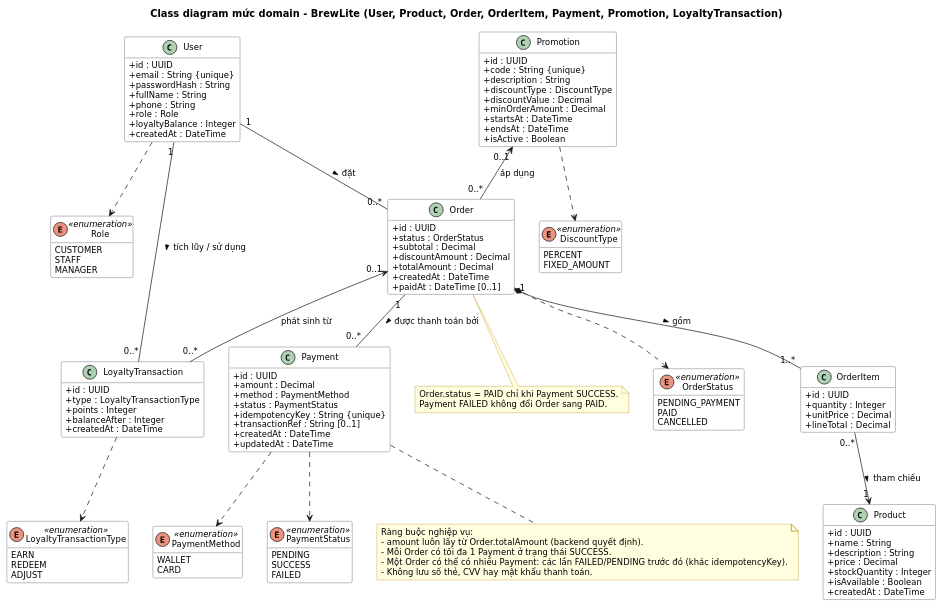
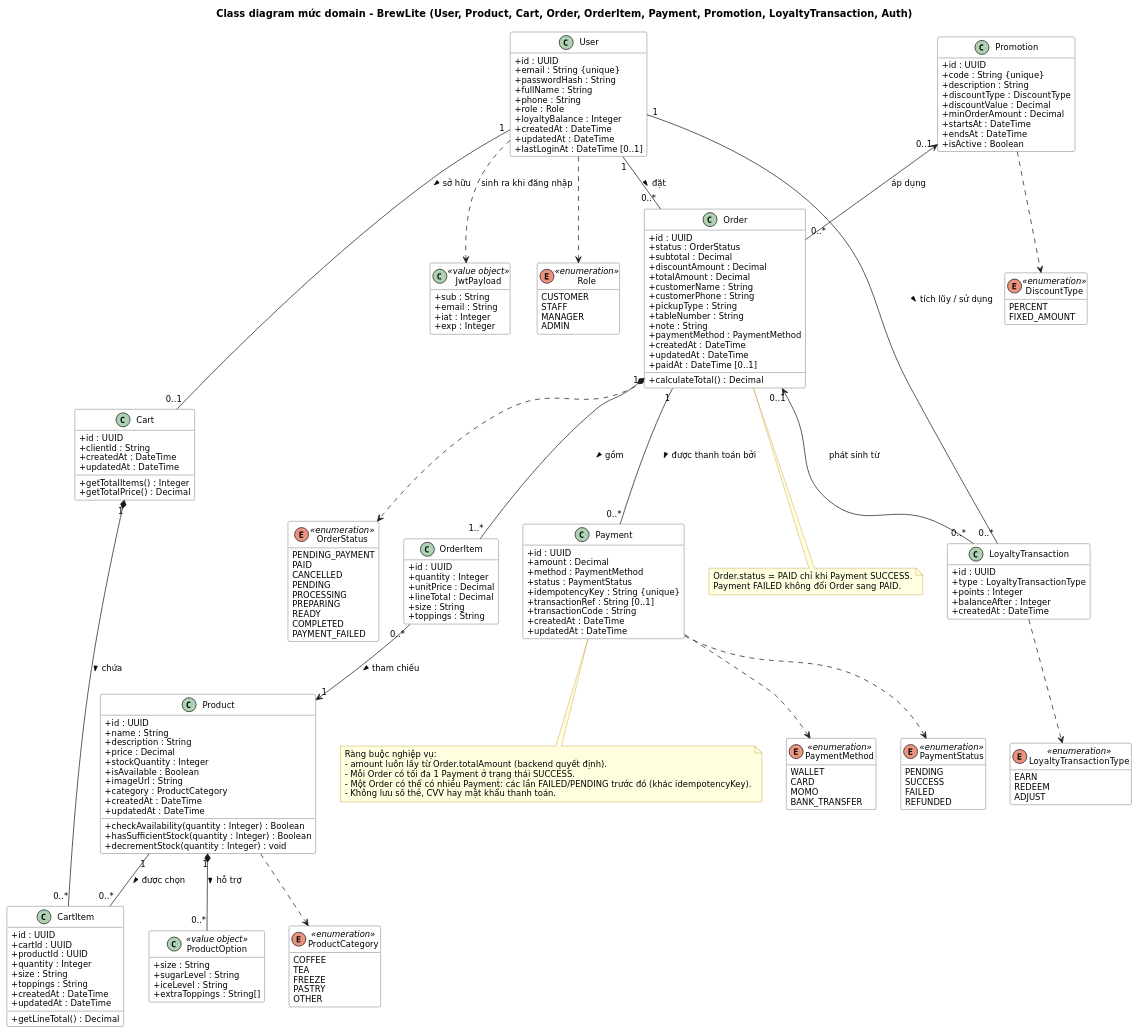
Before and after one commit to supergigachadsupreme300/brewlite2: the diagram in docs/diagrams/class-domain.puml, drawn with PlantUML. The commit also changed 7 other files, not shown here.

Commit message:
sửa lại main diagram và product detail page

```diff
--- a/docs/diagrams/class-domain.puml
+++ b/docs/diagrams/class-domain.puml
@@ -1,5 +1,5 @@
 @startuml class-domain
-title Class diagram mức domain – BrewLite (User, Product, Order, OrderItem, Payment, Promotion, LoyaltyTransaction)
+title Class diagram mức domain – BrewLite (User, Product, Cart, Order, OrderItem, Payment, Promotion, LoyaltyTransaction, Auth)
 
 skinparam defaultFontName "DejaVu Sans"
 skinparam defaultFontSize 12
@@ -15,23 +15,33 @@
   CUSTOMER
   STAFF
   MANAGER
+  ADMIN
 }
 
 enum OrderStatus <<enumeration>> {
   PENDING_PAYMENT
   PAID
   CANCELLED
+  PENDING
+  PROCESSING
+  PREPARING
+  READY
+  COMPLETED
+  PAYMENT_FAILED
 }
 
 enum PaymentMethod <<enumeration>> {
   WALLET
   CARD
+  MOMO
+  BANK_TRANSFER
 }
 
 enum PaymentStatus <<enumeration>> {
   PENDING
   SUCCESS
   FAILED
+  REFUNDED
 }
 
 enum DiscountType <<enumeration>> {
@@ -45,6 +55,14 @@
   ADJUST
 }
 
+enum ProductCategory <<enumeration>> {
+  COFFEE
+  TEA
+  FREEZE
+  PASTRY
+  OTHER
+}
+
 class User {
   +id : UUID
   +email : String {unique}
@@ -54,6 +72,8 @@
   +role : Role
   +loyaltyBalance : Integer
   +createdAt : DateTime
+  +updatedAt : DateTime
+  +lastLoginAt : DateTime [0..1]
 }
 
 class Product {
@@ -63,7 +83,41 @@
   +price : Decimal
   +stockQuantity : Integer
   +isAvailable : Boolean
+  +imageUrl : String
+  +category : ProductCategory
   +createdAt : DateTime
+  +updatedAt : DateTime
+  +checkAvailability(quantity : Integer) : Boolean
+  +hasSufficientStock(quantity : Integer) : Boolean
+  +decrementStock(quantity : Integer) : void
+}
+
+class ProductOption <<value object>> {
+  +size : String
+  +sugarLevel : String
+  +iceLevel : String
+  +extraToppings : String[]
+}
+
+class Cart {
+  +id : UUID
+  +clientId : String
+  +createdAt : DateTime
+  +updatedAt : DateTime
+  +getTotalItems() : Integer
+  +getTotalPrice() : Decimal
+}
+
+class CartItem {
+  +id : UUID
+  +cartId : UUID
+  +productId : UUID
+  +quantity : Integer
+  +size : String
+  +toppings : String
+  +createdAt : DateTime
+  +updatedAt : DateTime
+  +getLineTotal() : Decimal
 }
 
 class Order {
@@ -72,8 +126,16 @@
   +subtotal : Decimal
   +discountAmount : Decimal
   +totalAmount : Decimal
+  +customerName : String
+  +customerPhone : String
+  +pickupType : String
+  +tableNumber : String
+  +note : String
+  +paymentMethod : PaymentMethod
   +createdAt : DateTime
+  +updatedAt : DateTime
   +paidAt : DateTime [0..1]
+  +calculateTotal() : Decimal
 }
 
 class OrderItem {
@@ -81,6 +143,8 @@
   +quantity : Integer
   +unitPrice : Decimal
   +lineTotal : Decimal
+  +size : String
+  +toppings : String
 }
 
 class Payment {
@@ -90,6 +154,7 @@
   +status : PaymentStatus
   +idempotencyKey : String {unique}
   +transactionRef : String [0..1]
+  +transactionCode : String
   +createdAt : DateTime
   +updatedAt : DateTime
 }
@@ -114,6 +179,13 @@
   +createdAt : DateTime
 }
 
+class JwtPayload <<value object>> {
+  +sub : String
+  +email : String
+  +iat : Integer
+  +exp : Integer
+}
+
 User "1" -- "0..*" Order : đặt >
 Order "1" *-- "1..*" OrderItem : gồm >
 OrderItem "0..*" --> "1" Product : tham chiếu >
@@ -121,13 +193,18 @@
 Promotion "0..1" <-- "0..*" Order : áp dụng
 User "1" -- "0..*" LoyaltyTransaction : tích lũy / sử dụng >
 Order "0..1" <-- "0..*" LoyaltyTransaction : phát sinh từ
-
+User "1" -- "0..1" Cart : sở hữu >
+Cart "1" *-- "0..*" CartItem : chứa >
+Product "1" -- "0..*" CartItem : được chọn >
+Product "1" *-- "0..*" ProductOption : hỗ trợ >
+User ..> JwtPayload : sinh ra khi đăng nhập
 User ..> Role
 Order ..> OrderStatus
 Payment ..> PaymentMethod
 Payment ..> PaymentStatus
 Promotion ..> DiscountType
 LoyaltyTransaction ..> LoyaltyTransactionType
+Product ..> ProductCategory
 
 note bottom of Payment
   Ràng buộc nghiệp vụ:
@@ -141,4 +218,5 @@
   Order.status = PAID chỉ khi Payment SUCCESS.
   Payment FAILED không đổi Order sang PAID.
 end note
+
 @enduml
```
